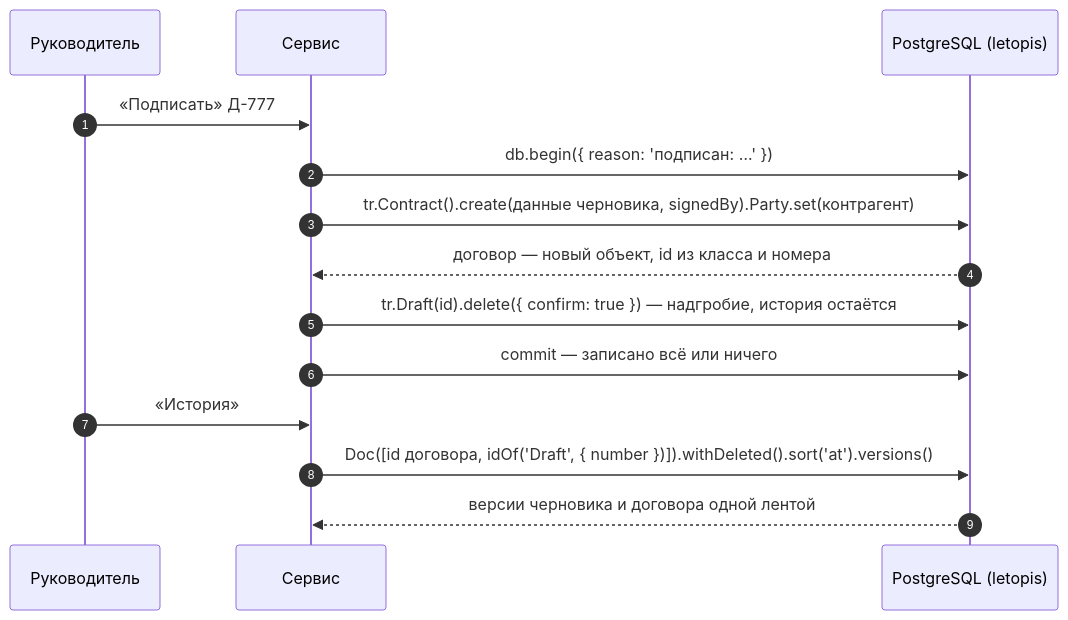
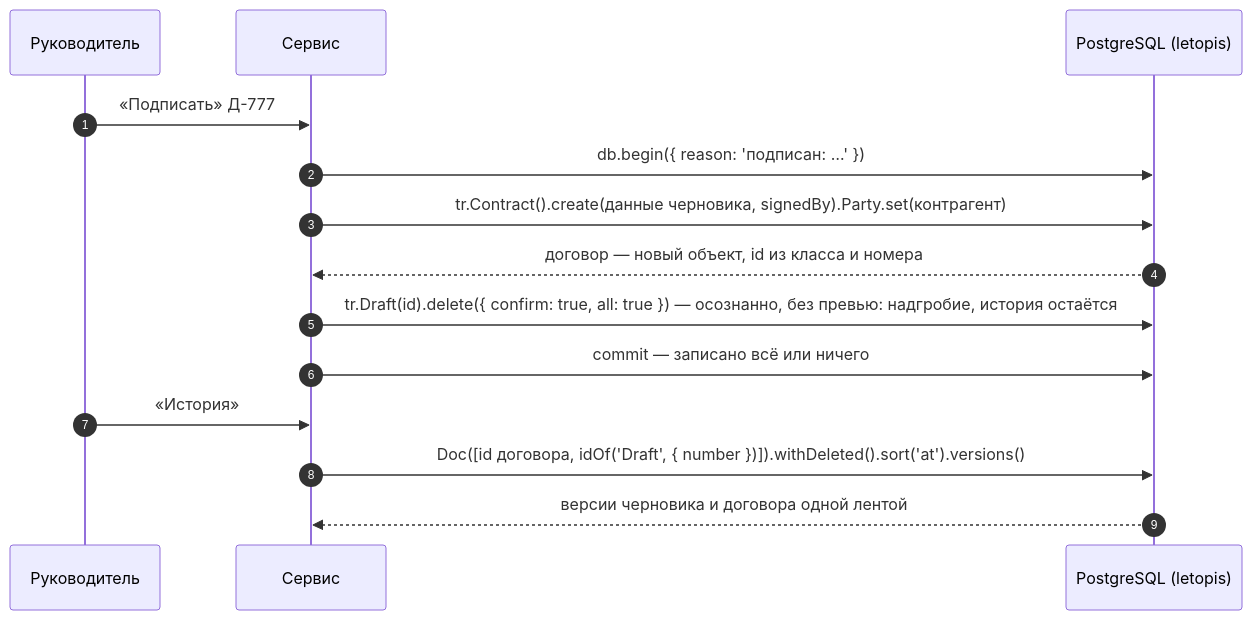
The second of 2 diagrams in guide/pages/services/documents.md (alepri51/letopis), drawn with Mermaid before and after one commit. The commit also changed other lines of this file and 27 other files, not shown here.

````diff
--- a/guide/pages/services/documents.md
+++ b/guide/pages/services/documents.md
@@ -74,16 +74,16 @@
 ```mermaid
 sequenceDiagram
   autonumber
   participant U as Руководитель
   participant S as Сервис
   participant DB as PostgreSQL (letopis)
   U->>S: «Подписать» Д-777
   S->>DB: db.begin({ reason: 'подписан: …' })
   S->>DB: tr.Contract().create(данные черновика, signedBy).Party.set(контрагент)
   DB-->>S: договор — новый объект, id из класса и номера
-  S->>DB: tr.Draft(id).delete({ confirm: true }) — надгробие, история остаётся
+  S->>DB: tr.Draft(id).delete({ confirm: true, all: true }) — осознанно, без превью: надгробие, история остаётся
   S->>DB: commit — записано всё или ничего
   U->>S: «История»
   S->>DB: Doc([id договора, idOf('Draft', { number })]).withDeleted().sort('at').versions()
   DB-->>S: версии черновика и договора одной лентой
 ```
````
